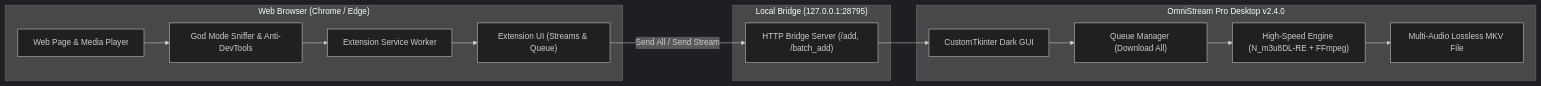
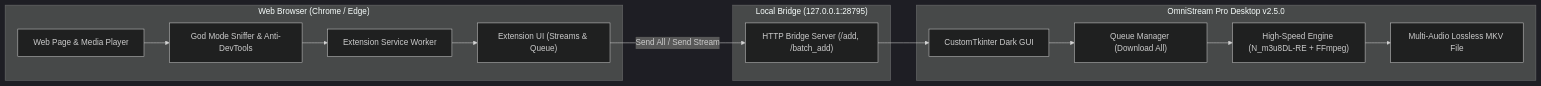
One commit to Xmon4u/OmniStream-Pro-v2 changed the diagram in README.md. Above: the diagram before and after it, drawn with Mermaid (dark theme). The commit also changed other lines of this file and 19 other files, not shown here.

Commit message:
Release v2.5.0: Clear & Refresh sniffer, Netflix GraphQL Season/Episode resolver, and synchronized bridge suite

````diff
--- a/README.md
+++ b/README.md
@@ -60,29 +60,29 @@
 ```mermaid
 graph LR
     subgraph Browser ["Web Browser (Chrome / Edge)"]
         WebPage["Web Page & Media Player"]
         GodMode["God Mode Sniffer & Anti-DevTools"]
         ExtSW["Extension Service Worker"]
         Popup["Extension UI (Streams & Queue)"]
         WebPage --> GodMode
         GodMode --> ExtSW
         ExtSW --> Popup
     end
 
     subgraph Bridge ["Local Bridge (127.0.0.1:28795)"]
         BridgeServer["HTTP Bridge Server (/add, /batch_add)"]
     end
 
-    subgraph DesktopApp ["OmniStream Pro Desktop v2.4.0"]
+    subgraph DesktopApp ["OmniStream Pro Desktop v2.5.0"]
         GUI["CustomTkinter Dark GUI"]
         QueueMgr["Queue Manager (Download All)"]
         Engine["High-Speed Engine (N_m3u8DL-RE + FFmpeg)"]
         OutputMKV["Multi-Audio Lossless MKV File"]
         GUI --> QueueMgr
         QueueMgr --> Engine
         Engine --> OutputMKV
     end
 
     Popup -- "Send All / Send Stream" --> BridgeServer
     BridgeServer --> GUI
 ```
````
